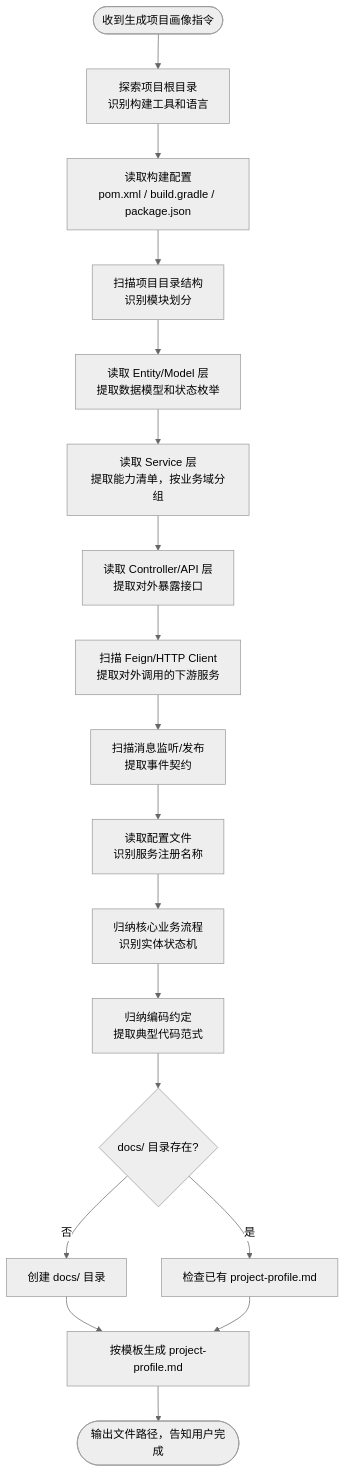
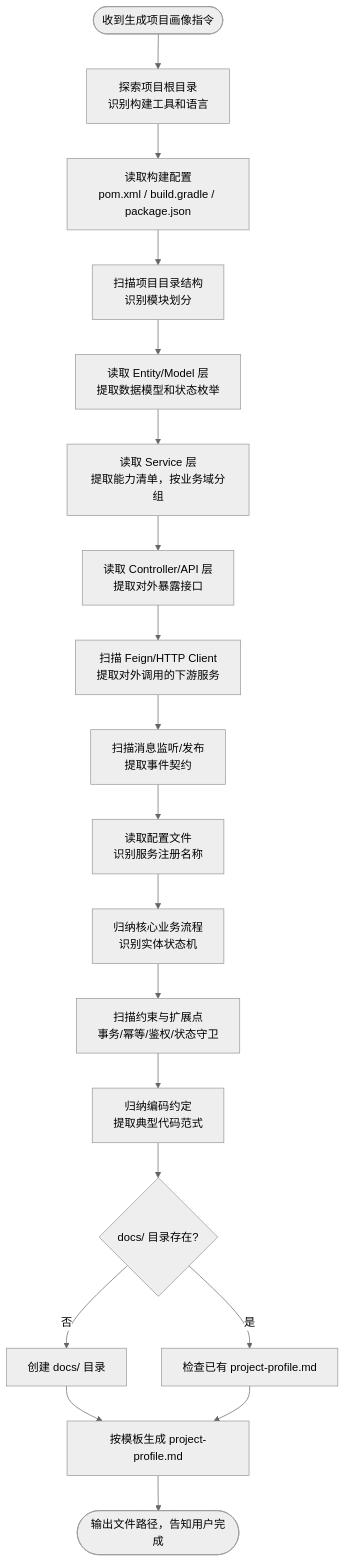
One commit to exception-coder/team-standards changed the diagram in skills/generate-project-profile/SKILL.md. Above: the diagram before and after it, drawn with Mermaid (neutral theme).

Commit message:
chore(standards): auto-sync skills/generate-project-profile/SKILL.md

````diff
--- a/skills/generate-project-profile/SKILL.md
+++ b/skills/generate-project-profile/SKILL.md
@@ -44,20 +44,21 @@
 ```mermaid
 flowchart TD
     A(["收到生成项目画像指令"]) --> B["探索项目根目录<br/>识别构建工具和语言"]
     B --> C["读取构建配置<br/>pom.xml / build.gradle / package.json"]
     C --> D["扫描项目目录结构<br/>识别模块划分"]
     D --> E["读取 Entity/Model 层<br/>提取数据模型和状态枚举"]
     E --> F["读取 Service 层<br/>提取能力清单，按业务域分组"]
     F --> G["读取 Controller/API 层<br/>提取对外暴露接口"]
     G --> G2["扫描 Feign/HTTP Client<br/>提取对外调用的下游服务"]
     G2 --> G3["扫描消息监听/发布<br/>提取事件契约"]
     G3 --> H["读取配置文件<br/>识别服务注册名称"]
     H --> I["归纳核心业务流程<br/>识别实体状态机"]
-    I --> J["归纳编码约定<br/>提取典型代码范式"]
+    I --> I2["扫描约束与扩展点<br/>事务/幂等/鉴权/状态守卫"]
+    I2 --> J["归纳编码约定<br/>提取典型代码范式"]
     J --> K{"docs/ 目录存在?"}
     K -->|否| L["创建 docs/ 目录"]
     K -->|是| M["检查已有 project-profile.md"]
     L --> N["按模板生成 project-profile.md"]
     M --> N
     N --> O(["输出文件路径，告知用户完成"])
 ```
````
